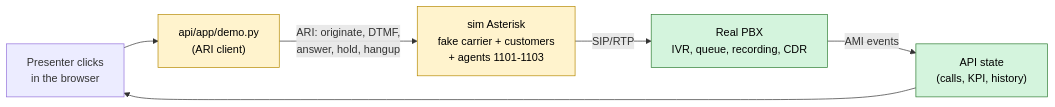
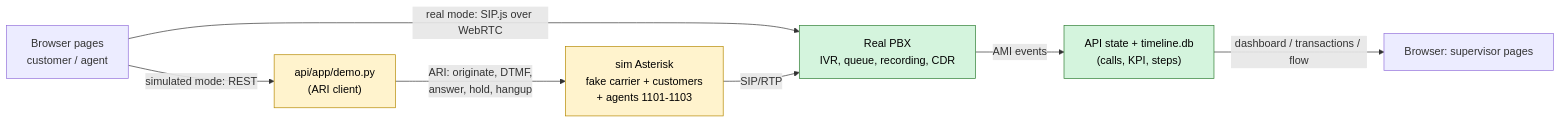
The fifth of 10 diagrams in docs/ARCHITECTURE.md (McDonan/asterisk-poc), drawn with Mermaid before and after one commit. The commit also changed other lines of this file and 4 other files, not shown here.

Commit message:
docs: Update documentation for WebRTC integration, demo pages, and IVR menu enhancements

````diff
--- a/docs/ARCHITECTURE.md
+++ b/docs/ARCHITECTURE.md
@@ -137,12 +143,13 @@
 ```mermaid
 flowchart LR
-    B["Presenter clicks<br/>in the browser"] --> D["api/app/demo.py<br/>(ARI client)"]
+    B["Browser pages<br/>customer / agent"] -- "real mode: SIP.js over WebRTC" --> P
+    B -- "simulated mode: REST" --> D["api/app/demo.py<br/>(ARI client)"]
     D -- "ARI: originate, DTMF,<br/>answer, hold, hangup" --> S["sim Asterisk<br/>fake carrier + customers<br/>+ agents 1101-1103"]
     S -- "SIP/RTP" --> P["Real PBX<br/>IVR, queue, recording, CDR"]
-    P -- "AMI events" --> A["API state<br/>(calls, KPI, history)"]
-    A --> B
+    P -- "AMI events" --> A["API state + timeline.db<br/>(calls, KPI, steps)"]
+    A -- "dashboard / transactions / flow" --> V["Browser: supervisor pages"]
     classDef sim fill:#fff3cd,stroke:#b58900,color:#000
     classDef done fill:#d4f4dd,stroke:#2e7d32,color:#000
     class S,D sim
     class P,A done
 ```
````
